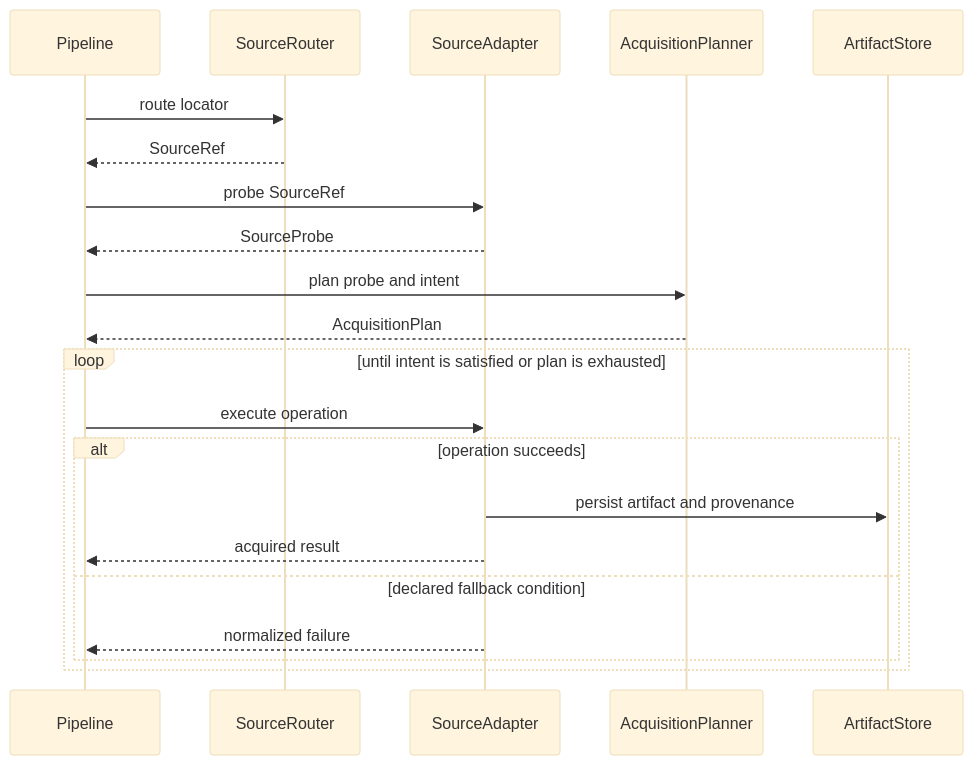
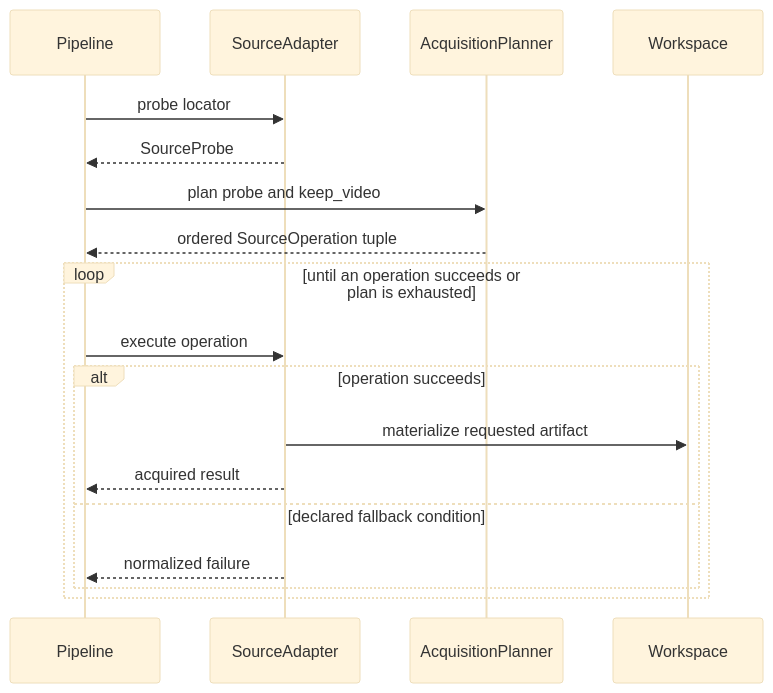
One commit to apue/yt2notion changed the third of 9 diagrams in docs/typed-pipeline-architecture.md. Above: the diagram before and after it, drawn with Mermaid (base theme). The commit also changed other lines of this file and 82 other files, not shown here.

First line of the commit message:
Refactor product flows onto typed pipelines (#34)

````diff
--- a/docs/typed-pipeline-architecture.md
+++ b/docs/typed-pipeline-architecture.md
@@ -158,24 +157,21 @@
 ```mermaid
 sequenceDiagram
     participant P as Pipeline
-    participant R as SourceRouter
     participant A as SourceAdapter
     participant L as AcquisitionPlanner
-    participant S as ArtifactStore
+    participant W as Workspace
 
-    P->>R: route locator
-    R-->>P: SourceRef
-    P->>A: probe SourceRef
+    P->>A: probe locator
     A-->>P: SourceProbe
-    P->>L: plan probe and intent
-    L-->>P: AcquisitionPlan
-    loop until intent is satisfied or plan is exhausted
+    P->>L: plan probe and keep_video
+    L-->>P: ordered SourceOperation tuple
+    loop until an operation succeeds or plan is exhausted
         P->>A: execute operation
         alt operation succeeds
-            A->>S: persist artifact and provenance
+            A->>W: materialize requested artifact
             A-->>P: acquired result
         else declared fallback condition
             A-->>P: normalized failure
         end
     end
 ```
````
